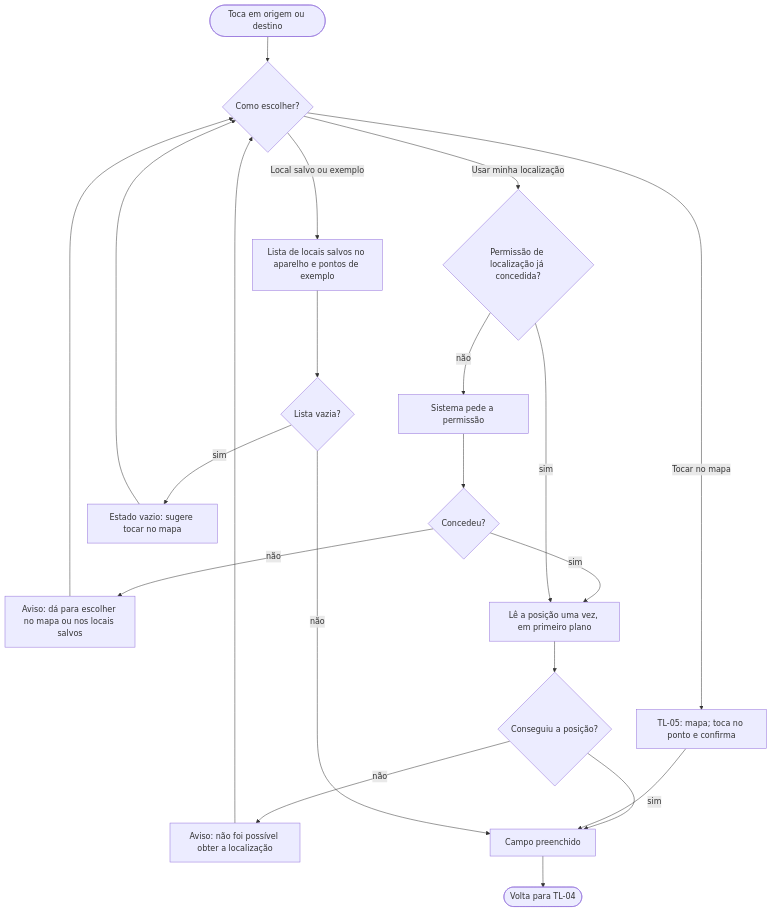
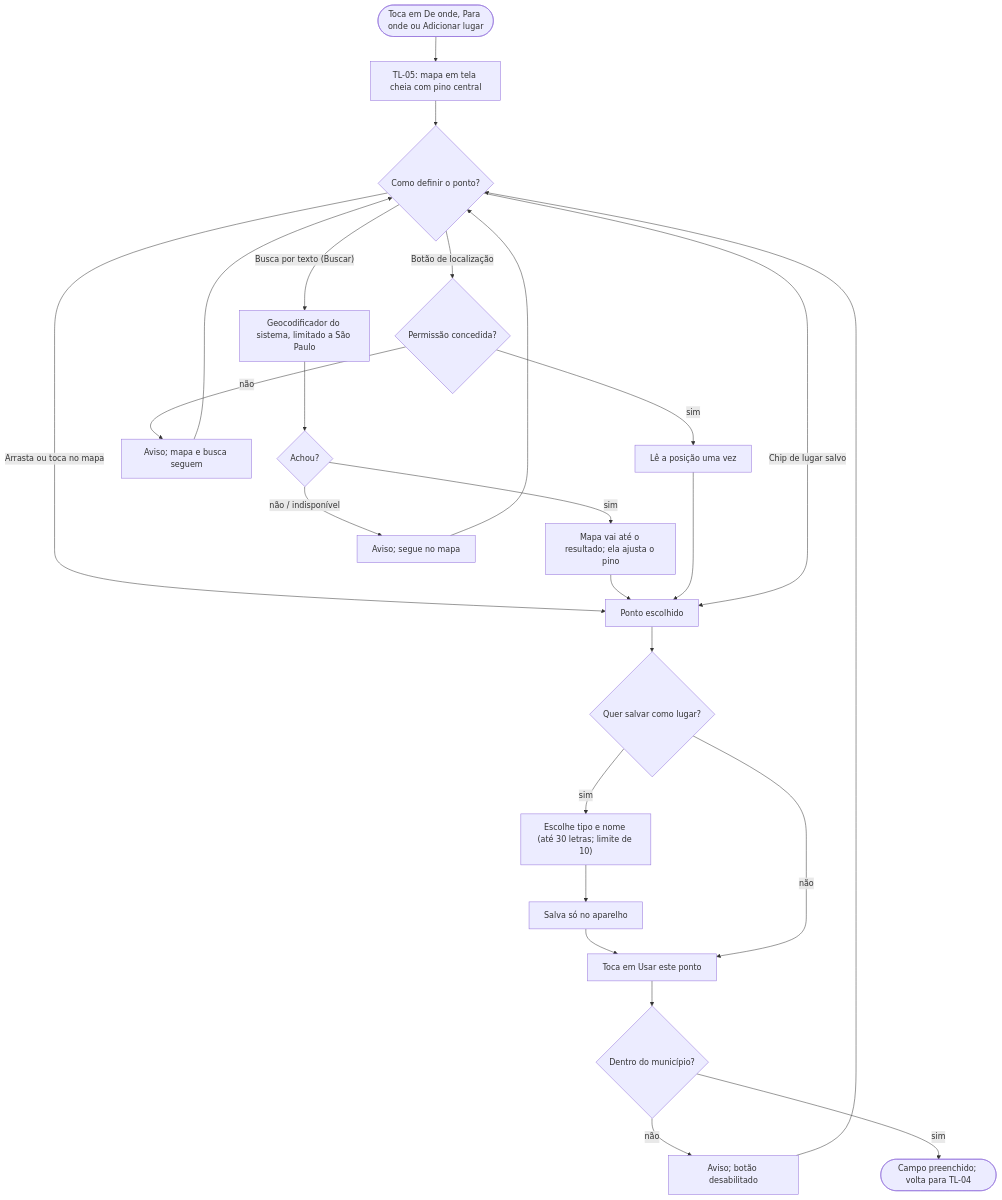
One commit to VoltaSegura/voltasegura changed the diagram in docs/app-map/03_fluxogramas/FL-05_escolher_ponto.md. Above: the diagram before and after it, drawn with Mermaid. The commit also changed other lines of this file and 13 other files, not shown here.

````diff
--- a/docs/app-map/03_fluxogramas/FL-05_escolher_ponto.md
+++ b/docs/app-map/03_fluxogramas/FL-05_escolher_ponto.md
@@ -12,23 +11,27 @@
 ```mermaid
 flowchart TD
-    S(["Toca em origem ou destino"]) --> OP{"Como escolher?"}
-    OP -- "Usar minha localização" --> PERM{"Permissão de localização já concedida?"}
-    PERM -- "não" --> PEDE["Sistema pede a permissão"]
-    PEDE --> RESP{"Concedeu?"}
-    RESP -- "não" --> NEG["Aviso: dá para escolher no mapa ou nos locais salvos"]
+    S(["Toca em De onde, Para onde ou Adicionar lugar"]) --> M["TL-05: mapa em tela cheia com pino central"]
+    M --> OP{"Como definir o ponto?"}
+    OP -- "Arrasta ou toca no mapa" --> PT["Ponto escolhido"]
+    OP -- "Busca por texto (Buscar)" --> BUS["Geocodificador do sistema, limitado a São Paulo"]
+    BUS --> ACH{"Achou?"}
+    ACH -- "sim" --> VAI["Mapa vai até o resultado; ela ajusta o pino"]
+    VAI --> PT
+    ACH -- "não / indisponível" --> AV["Aviso; segue no mapa"]
+    AV --> OP
+    OP -- "Botão de localização" --> PERM{"Permissão concedida?"}
+    PERM -- "não" --> NEG["Aviso; mapa e busca seguem"]
     NEG --> OP
-    RESP -- "sim" --> LER
-    PERM -- "sim" --> LER["Lê a posição uma vez, em primeiro plano"]
-    LER --> LOK{"Conseguiu a posição?"}
-    LOK -- "não" --> ELOC["Aviso: não foi possível obter a localização"]
-    ELOC --> OP
-    LOK -- "sim" --> PREENCHE
-    OP -- "Tocar no mapa" --> MAPA["TL-05: mapa; toca no ponto e confirma"]
-    MAPA --> PREENCHE
-    OP -- "Local salvo ou exemplo" --> LIS["Lista de locais salvos no aparelho e pontos de exemplo"]
-    LIS --> VAZ{"Lista vazia?"}
-    VAZ -- "sim" --> VAZIO["Estado vazio: sugere tocar no mapa"]
-    VAZIO --> OP
-    VAZ -- "não" --> PREENCHE["Campo preenchido"]
-    PREENCHE --> FIM(["Volta para TL-04"])
+    PERM -- "sim" --> LER["Lê a posição uma vez"]
+    LER --> PT
+    OP -- "Chip de lugar salvo" --> PT
+    PT --> SAL{"Quer salvar como lugar?"}
+    SAL -- "sim" --> FORM["Escolhe tipo e nome (até 30 letras; limite de 10)"]
+    FORM --> GRAVA["Salva só no aparelho"]
+    GRAVA --> CONF
+    SAL -- "não" --> CONF["Toca em Usar este ponto"]
+    CONF --> DENTRO{"Dentro do município?"}
+    DENTRO -- "não" --> FORA["Aviso; botão desabilitado"]
+    FORA --> OP
+    DENTRO -- "sim" --> FIM(["Campo preenchido; volta para TL-04"])
 ```
````
